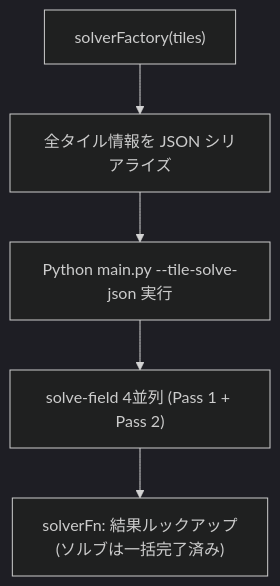
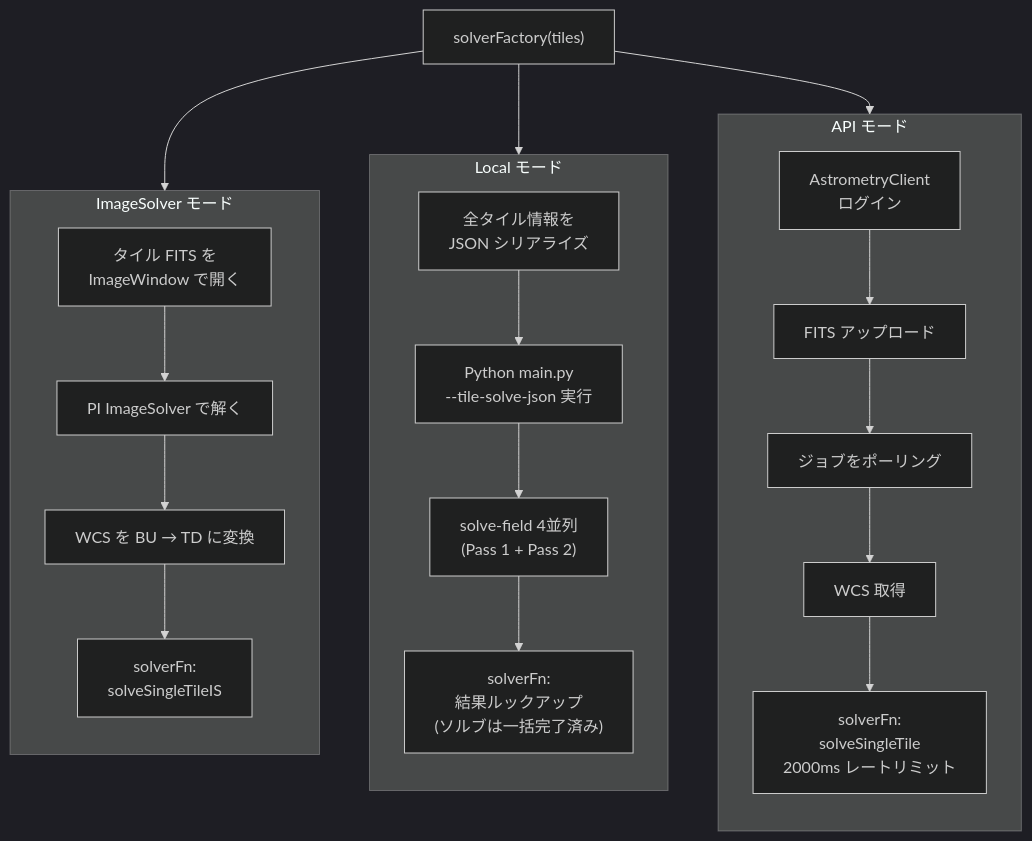
The fourth of 10 diagrams in docs/specs.md (ysmr3104/split-image-solver), drawn with Mermaid (dark theme) before and after one commit. The commit also changed other lines of this file, not shown here.

Commit message:
docs: solverFactory図を1つのMermaidで3分岐+各モード内縦フローに修正

````diff
--- a/docs/specs.md
+++ b/docs/specs.md
@@ -124,7 +114,32 @@
 ```mermaid
 flowchart TD
-    L1["solverFactory(tiles)"] --> L2["全タイル情報を JSON シリアライズ"]
-    L2 --> L3["Python main.py --tile-solve-json 実行"]
-    L3 --> L4["solve-field 4並列 (Pass 1 + Pass 2)"]
-    L4 --> L5["solverFn: 結果ルックアップ<br/>(ソルブは一括完了済み)"]
+    F["solverFactory(tiles)"]
+    F --> A1
+    F --> L1
+    F --> I1
+
+    subgraph API["API モード"]
+        direction TB
+        A1["AstrometryClient<br/>ログイン"]
+        A1 --> A2["FITS アップロード"]
+        A2 --> A3["ジョブをポーリング"]
+        A3 --> A4["WCS 取得"]
+        A4 --> A5["solverFn:<br/>solveSingleTile<br/>2000ms レートリミット"]
+    end
+
+    subgraph Local["Local モード"]
+        direction TB
+        L1["全タイル情報を<br/>JSON シリアライズ"]
+        L1 --> L2["Python main.py<br/>--tile-solve-json 実行"]
+        L2 --> L3["solve-field 4並列<br/>(Pass 1 + Pass 2)"]
+        L3 --> L4["solverFn:<br/>結果ルックアップ<br/>(ソルブは一括完了済み)"]
+    end
+
+    subgraph IS["ImageSolver モード"]
+        direction TB
+        I1["タイル FITS を<br/>ImageWindow で開く"]
+        I1 --> I2["PI ImageSolver で解く"]
+        I2 --> I3["WCS を BU → TD に変換"]
+        I3 --> I4["solverFn:<br/>solveSingleTileIS"]
+    end
 ```
````
